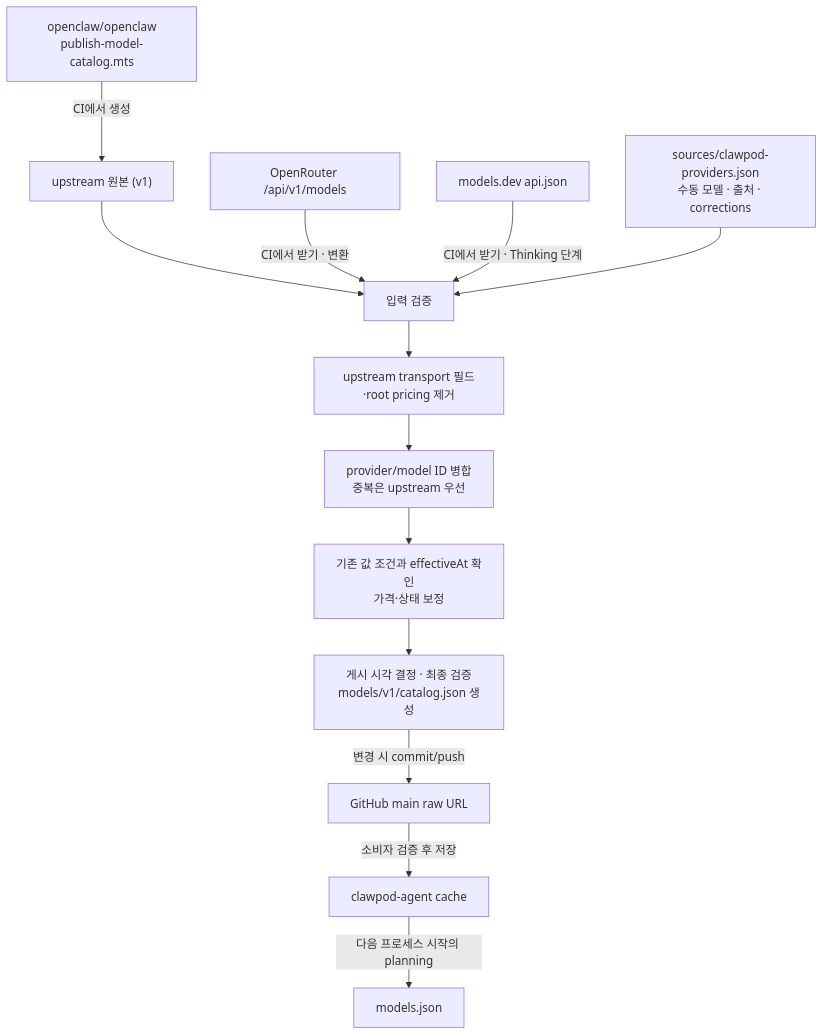
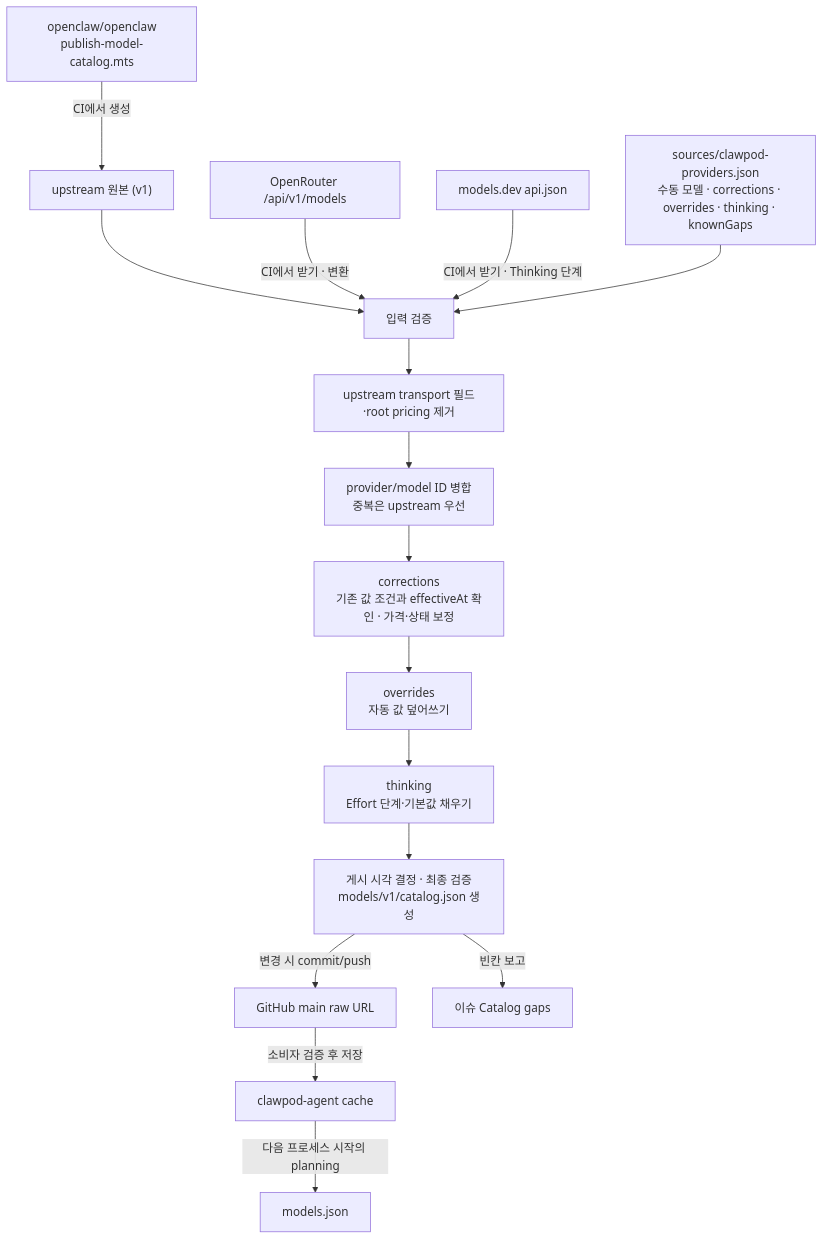
The diagram in README.md (Wondermove-Inc/clawpod-catalog), drawn with Mermaid before and after one commit. The commit also changed other lines of this file and 14 other files, not shown here.

First line of the commit message:
docs: maintenance guide, audit and candidate tools, reviewed known gaps

````diff
--- a/README.md
+++ b/README.md
@@ -22,15 +24,18 @@
 ```mermaid
 flowchart TD
     O["openclaw/openclaw<br/>publish-model-catalog.mts"] -->|"CI에서 생성"| U["upstream 원본 (v1)"]
     U --> V["입력 검증"]
     OR["OpenRouter /api/v1/models"] -->|"CI에서 받기 · 변환"| V
     MD["models.dev api.json"] -->|"CI에서 받기 · Thinking 단계"| V
-    S["sources/clawpod-providers.json<br/>수동 모델 · 출처 · corrections"] --> V
+    S["sources/clawpod-providers.json<br/>수동 모델 · corrections · overrides · thinking · knownGaps"] --> V
     V --> T["upstream transport 필드·root pricing 제거"]
     T --> M["provider/model ID 병합<br/>중복은 upstream 우선"]
-    M --> C["기존 값 조건과 effectiveAt 확인<br/>가격·상태 보정"]
-    C --> P["게시 시각 결정 · 최종 검증<br/>models/v1/catalog.json 생성"]
+    M --> C["corrections<br/>기존 값 조건과 effectiveAt 확인 · 가격·상태 보정"]
+    C --> OV["overrides<br/>자동 값 덮어쓰기"]
+    OV --> TH["thinking<br/>Effort 단계·기본값 채우기"]
+    TH --> P["게시 시각 결정 · 최종 검증<br/>models/v1/catalog.json 생성"]
     P -->|"변경 시 commit/push"| G["GitHub main raw URL"]
+    P -->|"빈칸 보고"| I["이슈 Catalog gaps"]
     G -->|"소비자 검증 후 저장"| A["clawpod-agent cache"]
     A -->|"다음 프로세스 시작의 planning"| R["models.json"]
 ```
````
